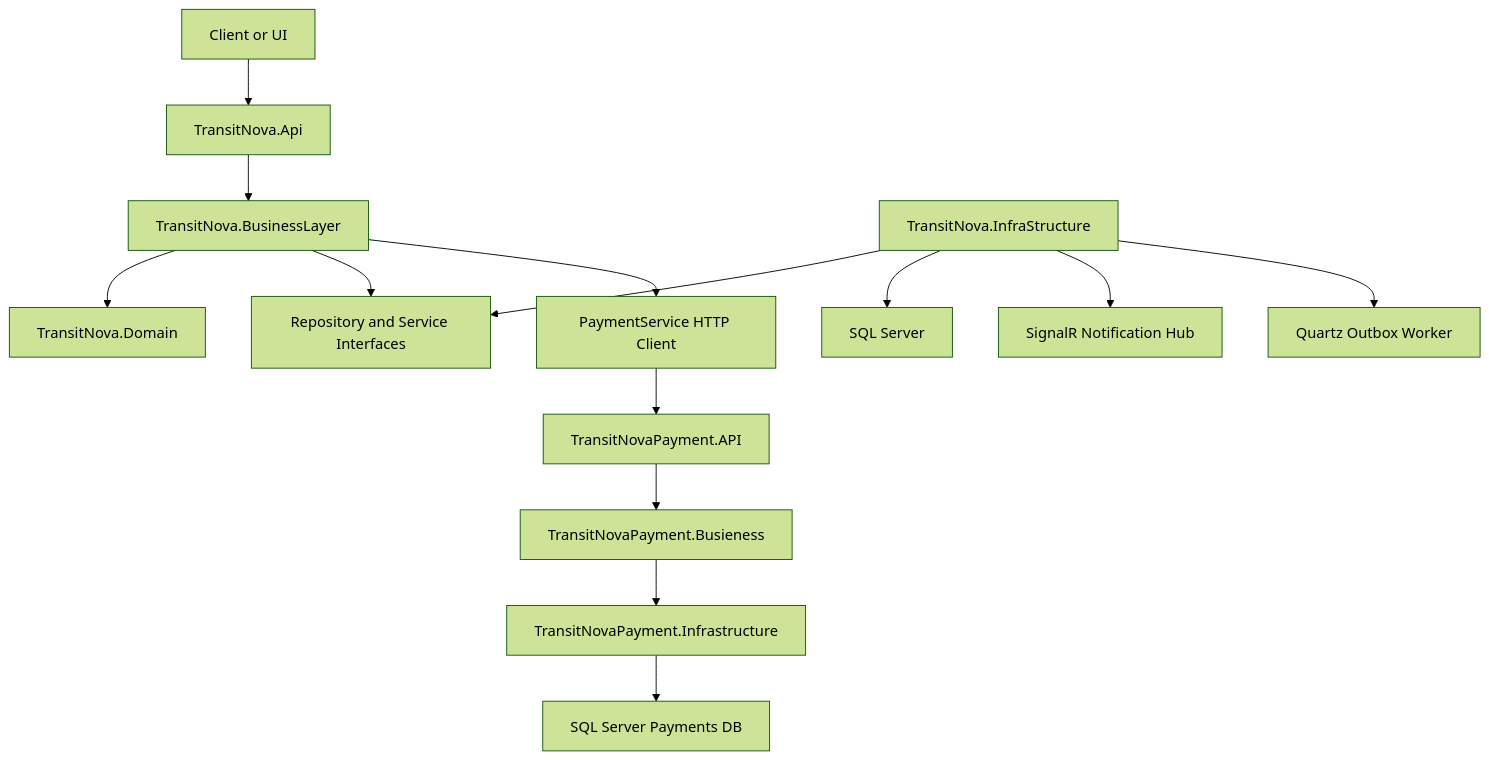
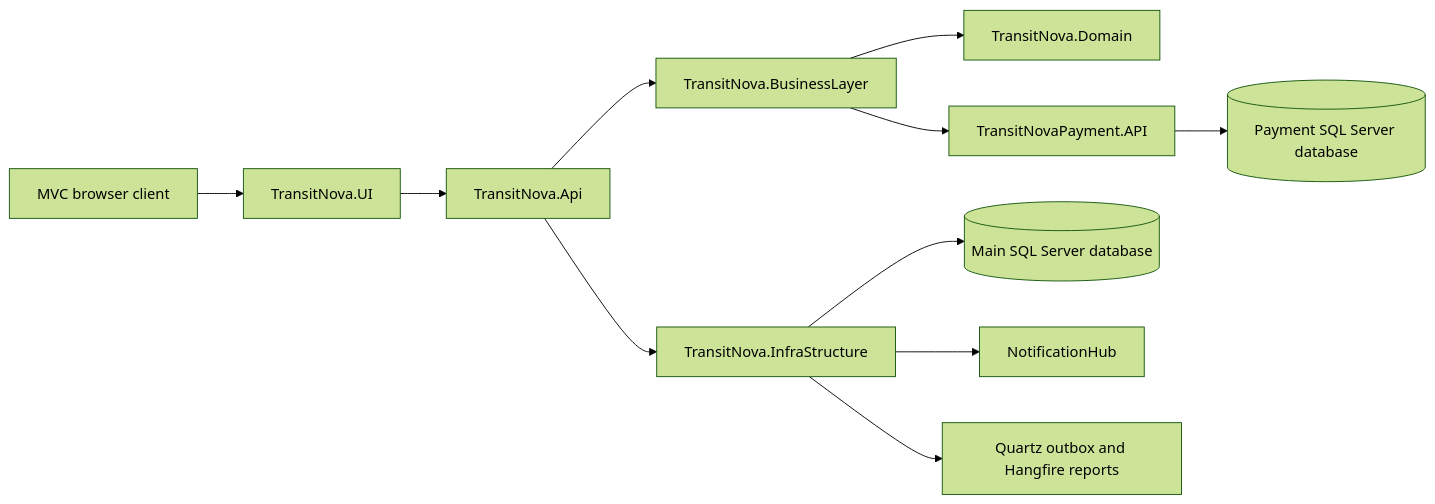
One commit to mostfahassan/TransitNova changed the diagram in README.md. Above: the diagram before and after it, drawn with Mermaid (forest theme). The commit also changed other lines of this file and 392 other files, not shown here.

````diff
--- a/README.md
+++ b/README.md
@@ -48,16 +43,13 @@
 ```mermaid
-flowchart TD
-    Client["Client or UI"] --> Api["TransitNova.Api"]
-    Api --> Business["TransitNova.BusinessLayer"]
+flowchart LR
+    Browser["MVC browser client"] --> UI["TransitNova.UI"]
+    UI --> API["TransitNova.Api"]
+    API --> Business["TransitNova.BusinessLayer"]
     Business --> Domain["TransitNova.Domain"]
-    Business --> InfraAbstractions["Repository and Service Interfaces"]
-    Infra["TransitNova.InfraStructure"] --> InfraAbstractions
-    Infra --> Db["SQL Server"]
-    Infra --> SignalR["SignalR Notification Hub"]
-    Infra --> Quartz["Quartz Outbox Worker"]
-    Business --> PaymentHttp["PaymentService HTTP Client"]
-    PaymentHttp --> PaymentApi["TransitNovaPayment.API"]
-    PaymentApi --> PaymentBusiness["TransitNovaPayment.Busieness"]
-    PaymentBusiness --> PaymentInfra["TransitNovaPayment.Infrastructure"]
-    PaymentInfra --> PaymentDb["SQL Server Payments DB"]
+    API --> Infrastructure["TransitNova.InfraStructure"]
+    Infrastructure --> MainDb[("Main SQL Server database")]
+    Business --> Payment["TransitNovaPayment.API"]
+    Payment --> PaymentDb[("Payment SQL Server database")]
+    Infrastructure --> SignalR["NotificationHub"]
+    Infrastructure --> Jobs["Quartz outbox and Hangfire reports"]
 ```
````
